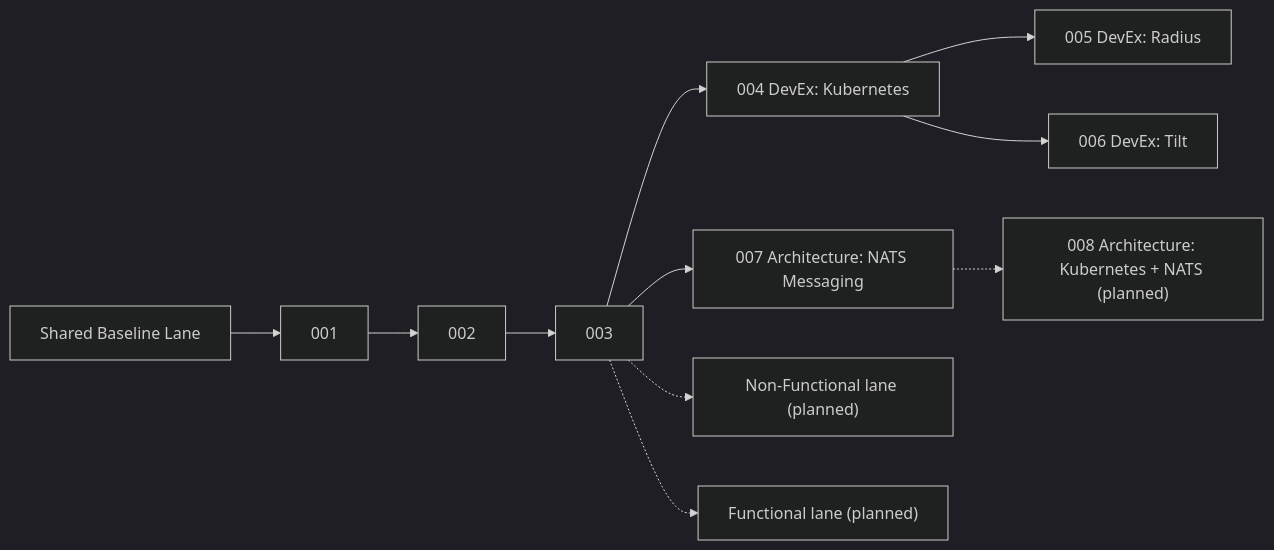
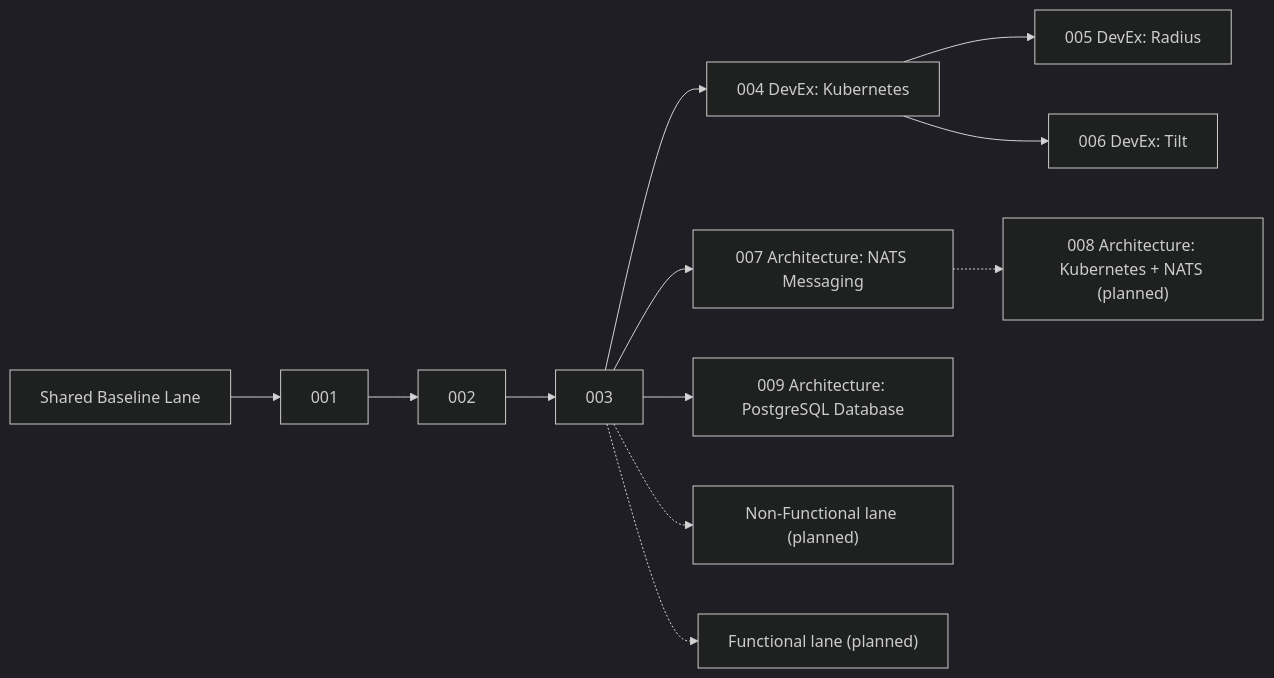
One commit to finos/traderX changed the second of 2 diagrams in docs/spec-kit/visual-learning-graphs.md. Above: the diagram before and after it, drawn with Mermaid (dark theme). The commit also changed other lines of this file and 38 other files, not shown here.

````diff
--- a/docs/spec-kit/visual-learning-graphs.md
+++ b/docs/spec-kit/visual-learning-graphs.md
@@ -44,16 +47,17 @@
 ```mermaid
 flowchart LR
   B["Shared Baseline Lane"] --> S001["001"]
   S001 --> S002["002"]
   S002 --> S003["003"]
 
   S003 --> D4["004 DevEx: Kubernetes"]
   D4 --> D5["005 DevEx: Radius"]
   D4 --> D6["006 DevEx: Tilt"]
 
   S003 --> A7["007 Architecture: NATS Messaging"]
+  S003 --> A9["009 Architecture: PostgreSQL Database"]
   A7 -.-> A8["008 Architecture: Kubernetes + NATS (planned)"]
 
   S003 -.-> N1["Non-Functional lane (planned)"]
   S003 -.-> F1["Functional lane (planned)"]
 ```
````
